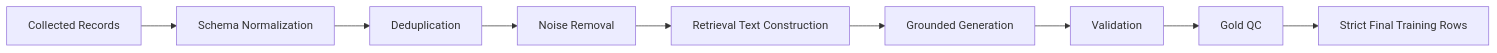
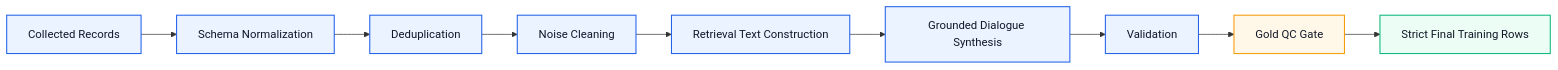
Before and after one commit to GunjanGrunge/thor: the third of 8 diagrams in README.md, drawn with Mermaid. The commit also changed other lines of this file and 1 other file, not shown here.

Commit message:
Upgrade README architecture visuals

````diff
--- a/README.md
+++ b/README.md
@@ -196,11 +253,21 @@
 ```mermaid
 flowchart LR
-    A[Collected Records] --> B[Schema Normalization]
-    B --> C[Deduplication]
-    C --> D[Noise Removal]
-    D --> E[Retrieval Text Construction]
-    E --> F[Grounded Generation]
-    F --> G[Validation]
-    G --> H[Gold QC]
-    H --> I[Strict Final Training Rows]
+    A[Collected Records]
+    B[Schema Normalization]
+    C[Deduplication]
+    D[Noise Cleaning]
+    E[Retrieval Text Construction]
+    F[Grounded Dialogue Synthesis]
+    G[Validation]
+    H[Gold QC Gate]
+    I[Strict Final Training Rows]
+
+    A --> B --> C --> D --> E --> F --> G --> H --> I
+
+    classDef base fill:#EAF3FF,stroke:#2563EB,color:#0F172A,stroke-width:1.5px;
+    classDef gate fill:#FFF7E8,stroke:#F59E0B,color:#111827,stroke-width:1.5px;
+    classDef final fill:#ECFDF5,stroke:#10B981,color:#111827,stroke-width:1.5px;
+    class A,B,C,D,E,F,G base;
+    class H gate;
+    class I final;
 ```
````
